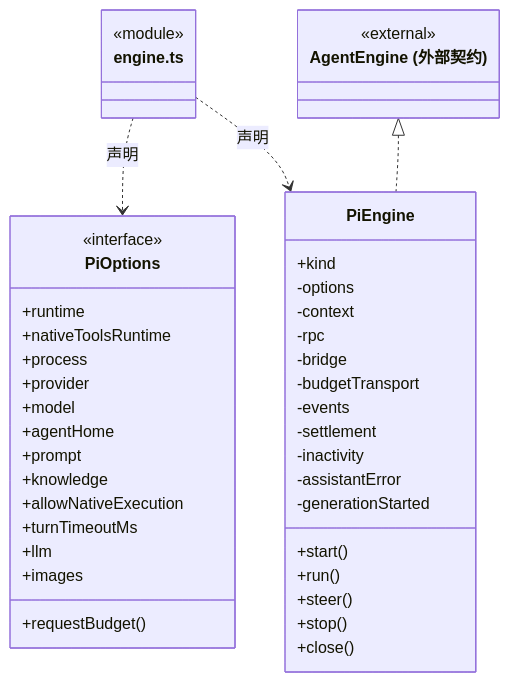
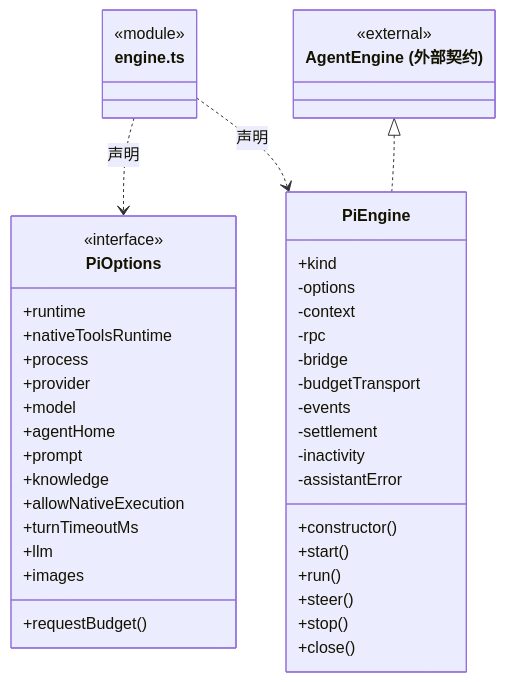
The second of 11 diagrams in src/logic/execution/engines/pi/ARCHITECTURE.md (nan023062/cbim), drawn with Mermaid before and after one commit. The commit also changed other lines of this file and 139 other files, not shown here.

Commit message:
docs(architecture): add source reading paths and complete file inventories

````diff
--- a/src/logic/execution/engines/pi/ARCHITECTURE.md
+++ b/src/logic/execution/engines/pi/ARCHITECTURE.md
@@ -39,46 +43,46 @@
 ```mermaid
 classDiagram
 class N_src_logic_execution_engines_pi_engine_ts["engine.ts"] {
   <<module>>
 }
 class N_src_logic_execution_engines_pi_engine_ts_PiOptions["PiOptions"] {
   <<interface>>
   +runtime
   +nativeToolsRuntime
   +process
   +provider
   +model
   +agentHome
   +prompt
   +knowledge
   +allowNativeExecution
   +turnTimeoutMs
   +llm
   +images
   +requestBudget()
 }
 N_src_logic_execution_engines_pi_engine_ts ..> N_src_logic_execution_engines_pi_engine_ts_PiOptions : 声明
 class N_src_logic_execution_engines_pi_engine_ts_PiEngine["PiEngine"] {
   +kind
+  +constructor()
   +start()
   +run()
   +steer()
   +stop()
   +close()
   -options
   -context
   -rpc
   -bridge
   -budgetTransport
   -events
   -settlement
   -inactivity
   -assistantError
-  -generationStarted
 }
 N_src_logic_execution_engines_pi_engine_ts ..> N_src_logic_execution_engines_pi_engine_ts_PiEngine : 声明
 class N_src_logic_execution_engines_pi_engine_ts_external_AgentEngine["AgentEngine (外部契约)"] {
   <<external>>
 }
 N_src_logic_execution_engines_pi_engine_ts_external_AgentEngine <|.. N_src_logic_execution_engines_pi_engine_ts_PiEngine
 ```
````
